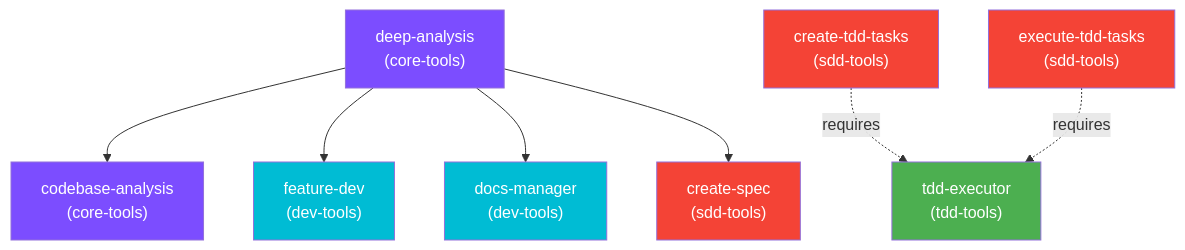
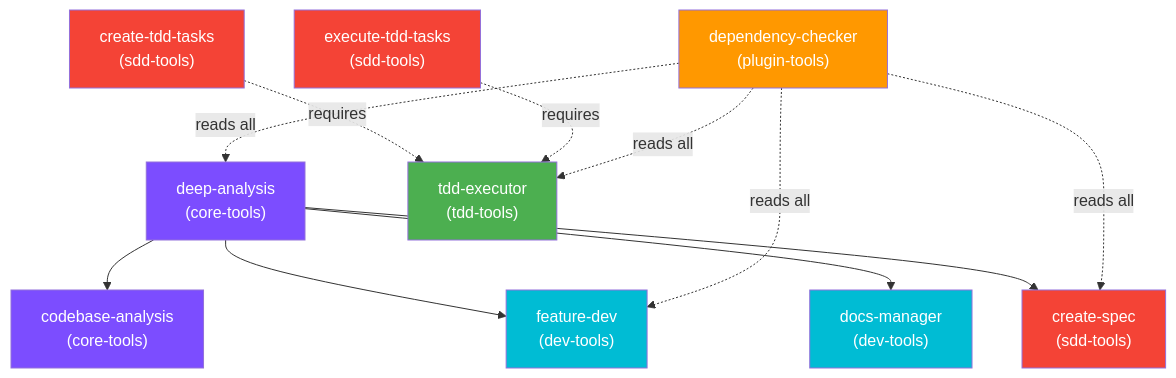
One commit to sequenzia/agent-alchemy changed the diagram in docs/plugins/index.md. Above: the diagram before and after it, drawn with Mermaid. The commit also changed other lines of this file and 6 other files, not shown here.

First line of the commit message:
docs(plugins): add plugin-tools documentation and update plugin inventory

````diff
--- a/docs/plugins/index.md
+++ b/docs/plugins/index.md
@@ -97,19 +109,25 @@
 ```mermaid
 graph TD
     DA["deep-analysis<br/>(core-tools)"] --> CA["codebase-analysis<br/>(core-tools)"]
     DA --> FD["feature-dev<br/>(dev-tools)"]
     DA --> DM["docs-manager<br/>(dev-tools)"]
     DA --> CS["create-spec<br/>(sdd-tools)"]
 
     CTT["create-tdd-tasks<br/>(sdd-tools)"] -.->|"requires"| TDD["tdd-executor<br/>(tdd-tools)"]
     ETT["execute-tdd-tasks<br/>(sdd-tools)"] -.->|"requires"| TDD
 
+    DC["dependency-checker<br/>(plugin-tools)"] -.->|"reads all"| DA
+    DC -.->|"reads all"| FD
+    DC -.->|"reads all"| CS
+    DC -.->|"reads all"| TDD
+
     style DA fill:#7c4dff,color:#fff
     style CA fill:#7c4dff,color:#fff
     style FD fill:#00bcd4,color:#fff
     style DM fill:#00bcd4,color:#fff
     style CS fill:#f44336,color:#fff
     style CTT fill:#f44336,color:#fff
     style ETT fill:#f44336,color:#fff
     style TDD fill:#4caf50,color:#fff
+    style DC fill:#ff9800,color:#fff
 ```
````
